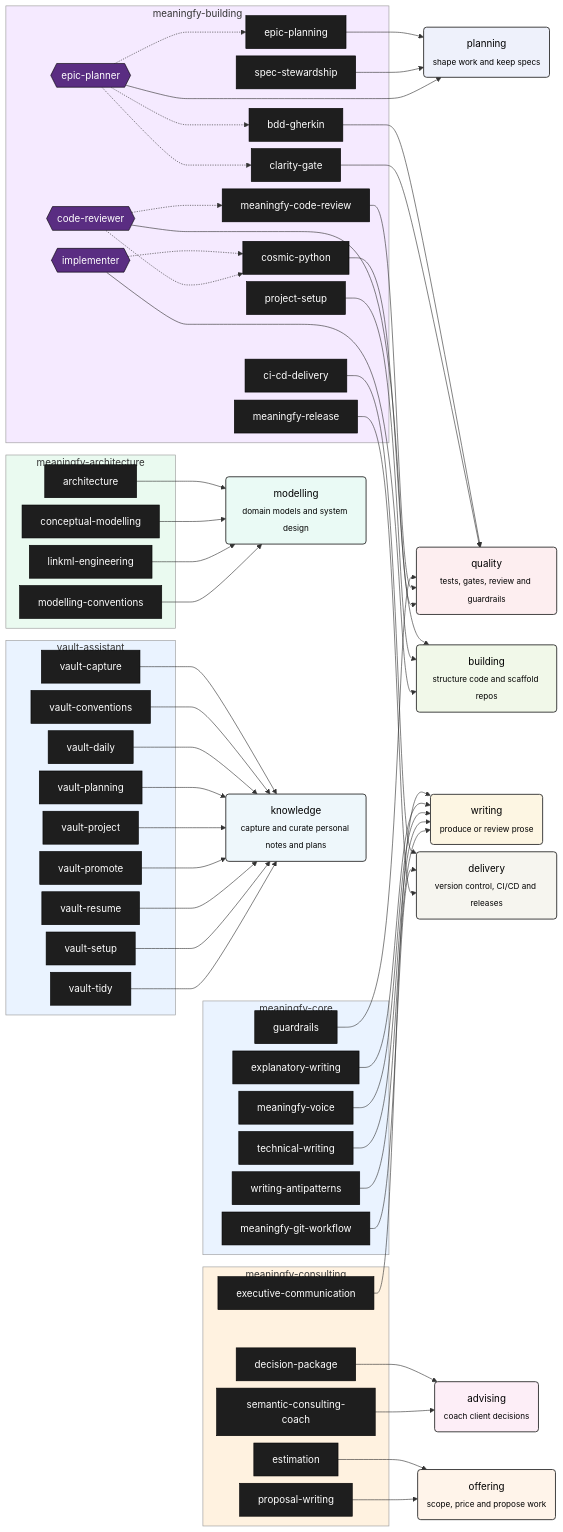
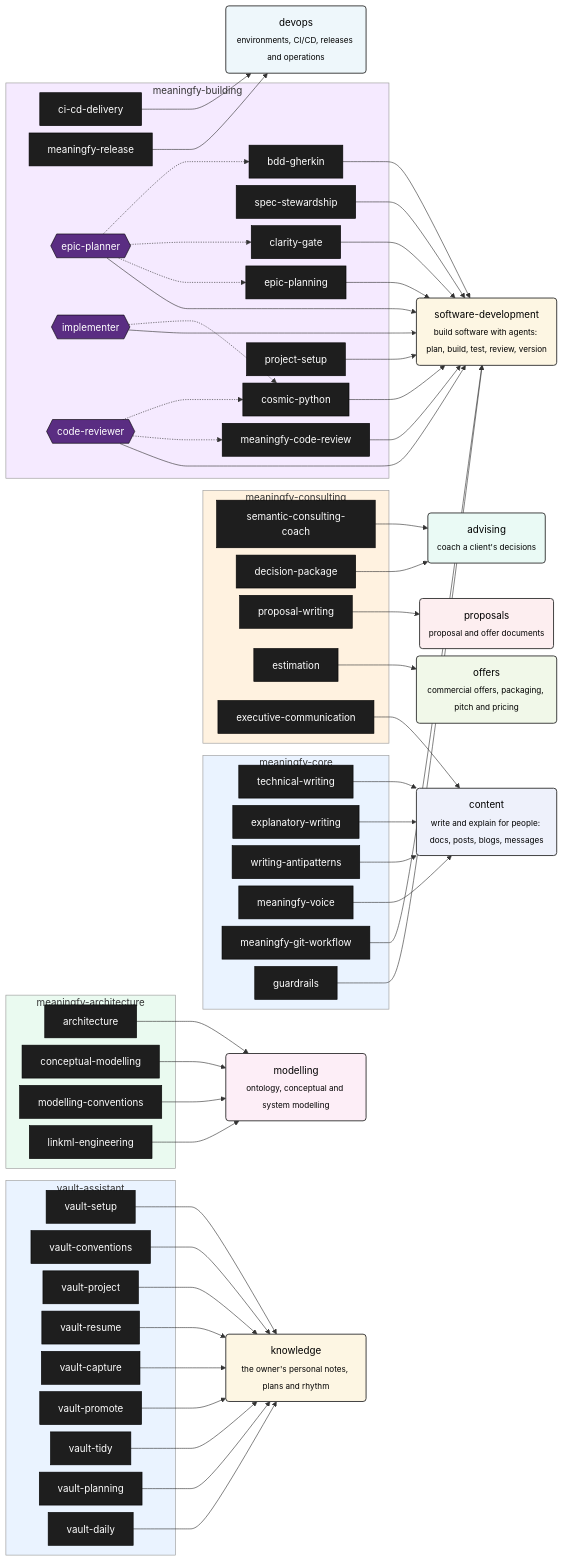
The first of 3 diagrams in docs/skill-inventory.md (meaningfy-ws/skillery), drawn with Mermaid before and after one commit. The commit also changed other lines of this file and 25 other files, not shown here.

```diff
--- a/docs/skill-inventory.md
+++ b/docs/skill-inventory.md
@@ -61,39 +61,38 @@
     s_vault_daily["vault-daily"]
   end
 
-  p_writing("writing<br/><sub>produce or review prose</sub>")
-  p_advising("advising<br/><sub>coach client decisions</sub>")
-  p_offering("offering<br/><sub>scope, price and propose work</sub>")
-  p_modelling("modelling<br/><sub>domain models and system design</sub>")
-  p_planning("planning<br/><sub>shape work and keep specs</sub>")
-  p_building("building<br/><sub>structure code and scaffold repos</sub>")
-  p_quality("quality<br/><sub>tests, gates, review and guardrails</sub>")
-  p_delivery("delivery<br/><sub>version control, CI/CD and releases</sub>")
-  p_knowledge("knowledge<br/><sub>capture and curate personal notes and plans</sub>")
+  p_software_development("software-development<br/><sub>build software with agents: plan, build, test, review, version</sub>")
+  p_modelling("modelling<br/><sub>ontology, conceptual and system modelling</sub>")
+  p_advising("advising<br/><sub>coach a client's decisions</sub>")
+  p_content("content<br/><sub>write and explain for people: docs, posts, blogs, messages</sub>")
+  p_offers("offers<br/><sub>commercial offers, packaging, pitch and pricing</sub>")
+  p_proposals("proposals<br/><sub>proposal and offer documents</sub>")
+  p_devops("devops<br/><sub>environments, CI/CD, releases and operations</sub>")
+  p_knowledge("knowledge<br/><sub>the owner's personal notes, plans and rhythm</sub>")
 
   s_architecture --> p_modelling
-  s_bdd_gherkin --> p_quality
-  s_ci_cd_delivery --> p_delivery
-  s_clarity_gate --> p_quality
+  s_bdd_gherkin --> p_software_development
+  s_ci_cd_delivery --> p_devops
+  s_clarity_gate --> p_software_development
   s_conceptual_modelling --> p_modelling
-  s_cosmic_python --> p_building
+  s_cosmic_python --> p_software_development
   s_decision_package --> p_advising
-  s_epic_planning --> p_planning
-  s_estimation --> p_offering
-  s_executive_communication --> p_writing
-  s_explanatory_writing --> p_writing
-  s_guardrails --> p_quality
+  s_epic_planning --> p_software_development
+  s_estimation --> p_offers
+  s_executive_communication --> p_content
+  s_explanatory_writing --> p_content
+  s_guardrails --> p_software_development
   s_linkml_engineering --> p_modelling
-  s_meaningfy_code_review --> p_quality
-  s_meaningfy_git_workflow --> p_delivery
-  s_meaningfy_release --> p_delivery
-  s_meaningfy_voice --> p_writing
+  s_meaningfy_code_review --> p_software_development
+  s_meaningfy_git_workflow --> p_software_development
+  s_meaningfy_release --> p_devops
+  s_meaningfy_voice --> p_content
   s_modelling_conventions --> p_modelling
-  s_project_setup --> p_building
-  s_proposal_writing --> p_offering
+  s_project_setup --> p_software_development
+  s_proposal_writing --> p_proposals
   s_semantic_consulting_coach --> p_advising
-  s_spec_stewardship --> p_planning
-  s_technical_writing --> p_writing
+  s_spec_stewardship --> p_software_development
+  s_technical_writing --> p_content
   s_vault_capture --> p_knowledge
   s_vault_conventions --> p_knowledge
   s_vault_daily --> p_knowledge
@@ -103,10 +102,10 @@
   s_vault_resume --> p_knowledge
   s_vault_setup --> p_knowledge
   s_vault_tidy --> p_knowledge
-  s_writing_antipatterns --> p_writing
-  a_epic_planner --> p_planning
-  a_implementer --> p_building
-  a_code_reviewer --> p_quality
+  s_writing_antipatterns --> p_content
+  a_epic_planner --> p_software_development
+  a_implementer --> p_software_development
+  a_code_reviewer --> p_software_development
 
   a_epic_planner -.-> s_epic_planning
   a_epic_planner -.-> s_clarity_gate
@@ -120,15 +119,14 @@
   style b_meaningfy_architecture fill:#eafaf0,stroke:#999,stroke-width:1px
   style b_meaningfy_building fill:#f5eaff,stroke:#999,stroke-width:1px
   style b_vault_assistant fill:#eaf3ff,stroke:#999,stroke-width:1px
-  style p_writing fill:#fdf6e3,color:#000000,stroke:#333,stroke-width:1.5px
-  style p_advising fill:#fdeef7,color:#000000,stroke:#333,stroke-width:1.5px
-  style p_offering fill:#fff4ea,color:#000000,stroke:#333,stroke-width:1.5px
-  style p_modelling fill:#eafaf5,color:#000000,stroke:#333,stroke-width:1.5px
-  style p_planning fill:#eef1fb,color:#000000,stroke:#333,stroke-width:1.5px
-  style p_building fill:#f1f8e9,color:#000000,stroke:#333,stroke-width:1.5px
-  style p_quality fill:#fdeef0,color:#000000,stroke:#333,stroke-width:1.5px
-  style p_delivery fill:#f6f5ef,color:#000000,stroke:#333,stroke-width:1.5px
-  style p_knowledge fill:#eef7fb,color:#000000,stroke:#333,stroke-width:1.5px
+  style p_software_development fill:#fdf6e3,color:#000000,stroke:#333,stroke-width:1.5px
+  style p_modelling fill:#fdeef7,color:#000000,stroke:#333,stroke-width:1.5px
+  style p_advising fill:#eafaf5,color:#000000,stroke:#333,stroke-width:1.5px
+  style p_content fill:#eef1fb,color:#000000,stroke:#333,stroke-width:1.5px
+  style p_offers fill:#f1f8e9,color:#000000,stroke:#333,stroke-width:1.5px
+  style p_proposals fill:#fdeef0,color:#000000,stroke:#333,stroke-width:1.5px
+  style p_devops fill:#eef7fb,color:#000000,stroke:#333,stroke-width:1.5px
+  style p_knowledge fill:#fdf6e3,color:#000000,stroke:#333,stroke-width:1.5px
   style s_architecture fill:#1e1e1e,color:#ffffff,stroke:#000
   style s_bdd_gherkin fill:#1e1e1e,color:#ffffff,stroke:#000
   style s_ci_cd_delivery fill:#1e1e1e,color:#ffffff,stroke:#000
```
